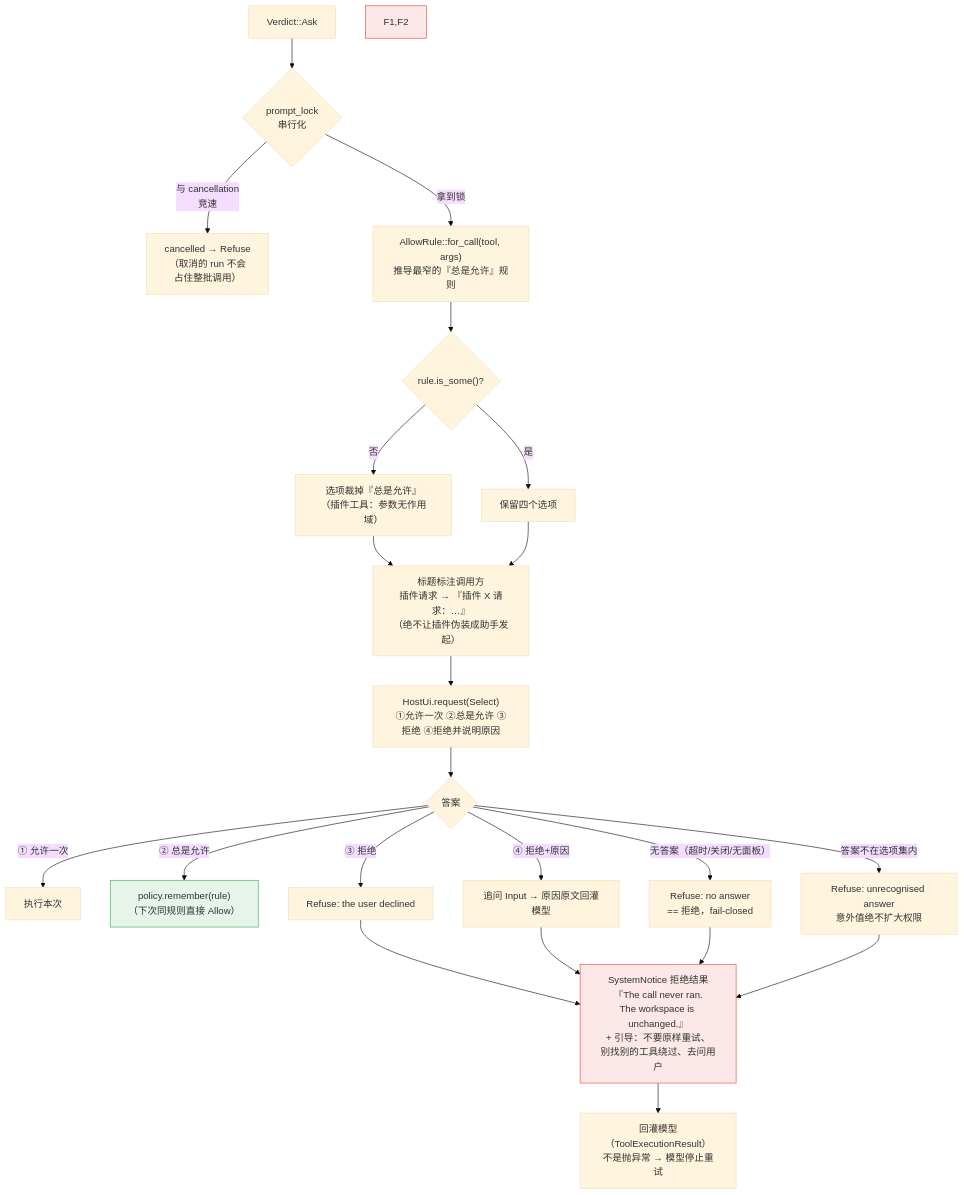
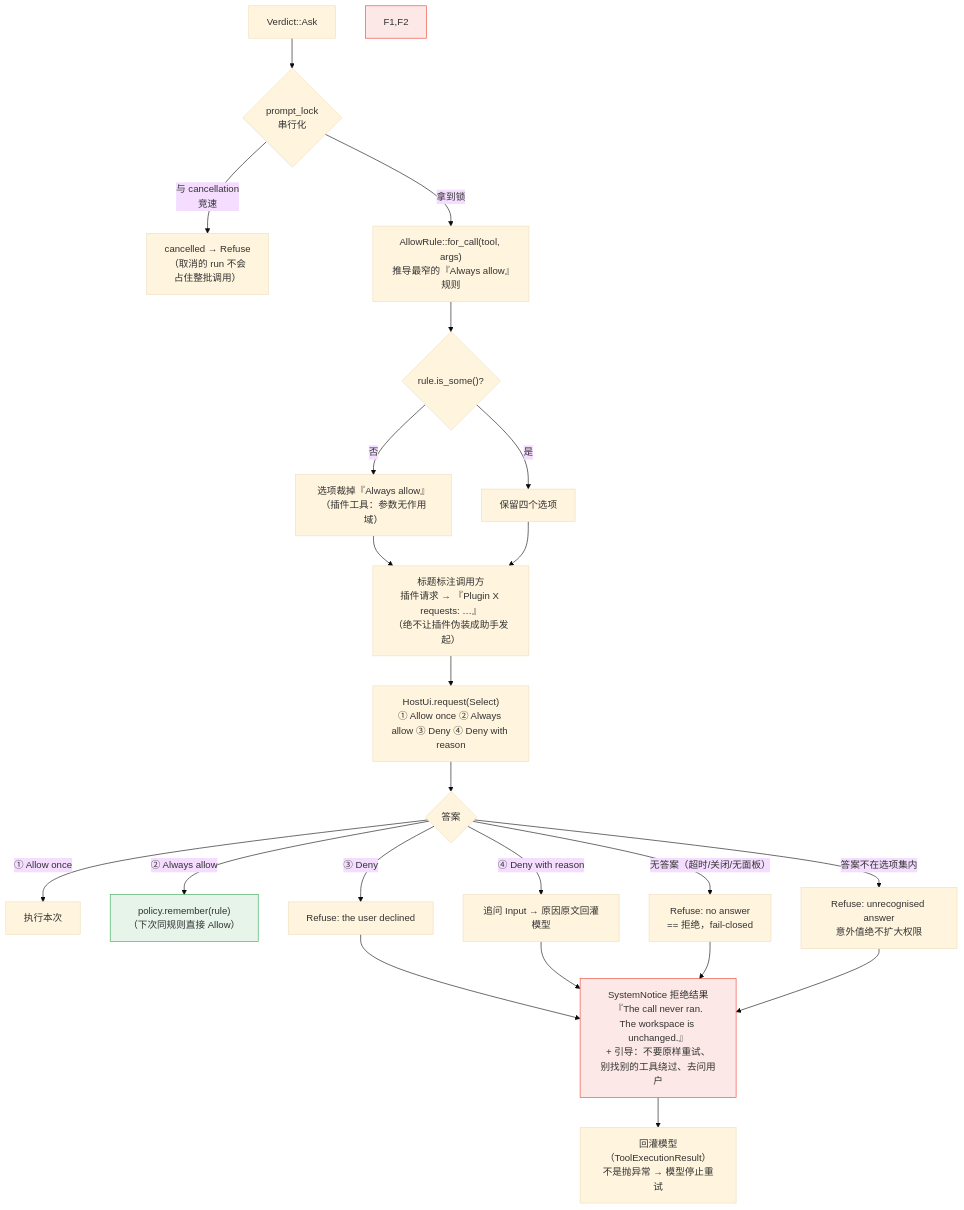
The fourth of 7 diagrams in docs/permission-structure.md (lucacicii/thunder), drawn with Mermaid (base theme) before and after one commit. The commit also changed other lines of this file and 17 other files, not shown here.

````diff
--- a/docs/permission-structure.md
+++ b/docs/permission-structure.md
@@ -166,32 +166,32 @@
 ```mermaid
 flowchart TB
     A["Verdict::Ask"] --> L{"prompt_lock<br/>串行化"}
     L -->|"与 cancellation<br/>竞速"| CANC["cancelled → Refuse<br/>（取消的 run 不会<br/>占住整批调用）"]
-    L -->|拿到锁| R["AllowRule::for_call(tool, args)<br/>推导最窄的『总是允许』规则"]
+    L -->|拿到锁| R["AllowRule::for_call(tool, args)<br/>推导最窄的『Always allow』规则"]
 
     R --> FILTER{"rule.is_some()?"}
-    FILTER -->|否| O1["选项裁掉『总是允许』<br/>（插件工具：参数无作用域）"]
+    FILTER -->|否| O1["选项裁掉『Always allow』<br/>（插件工具：参数无作用域）"]
     FILTER -->|是| O2["保留四个选项"]
     O1 --> TITLE
-    O2 --> TITLE["标题标注调用方<br/>插件请求 → 『插件 X 请求：…』<br/>（绝不让插件伪装成助手发起）"]
-    TITLE --> DIALOG["HostUi.request(Select)<br/>①允许一次 ②总是允许 ③拒绝 ④拒绝并说明原因"]
+    O2 --> TITLE["标题标注调用方<br/>插件请求 → 『Plugin X requests: …』<br/>（绝不让插件伪装成助手发起）"]
+    TITLE --> DIALOG["HostUi.request(Select)<br/>① Allow once ② Always allow ③ Deny ④ Deny with reason"]
 
     DIALOG --> ANS{"答案"}
-    ANS -->|"① 允许一次"| A1["执行本次"]
-    ANS -->|"② 总是允许"| A2["policy.remember(rule)<br/>（下次同规则直接 Allow）"]
-    ANS -->|"③ 拒绝"| A3["Refuse: the user declined"]
-    ANS -->|"④ 拒绝+原因"| A4["追问 Input → 原因原文回灌模型"]
+    ANS -->|"① Allow once"| A1["执行本次"]
+    ANS -->|"② Always allow"| A2["policy.remember(rule)<br/>（下次同规则直接 Allow）"]
+    ANS -->|"③ Deny"| A3["Refuse: the user declined"]
+    ANS -->|"④ Deny with reason"| A4["追问 Input → 原因原文回灌模型"]
     ANS -->|"无答案（超时/关闭/无面板）"| F1["Refuse: no answer<br/>== 拒绝，fail-closed"]
     ANS -->|"答案不在选项集内"| F2["Refuse: unrecognised answer<br/>意外值绝不扩大权限"]
 
     A3 --> REJ
     A4 --> REJ
     F1 --> REJ
     F2 --> REJ
     REJ["SystemNotice 拒绝结果<br/>『The call never ran.<br/>The workspace is unchanged.』<br/>+ 引导：不要原样重试、<br/>别找别的工具绕过、去问用户"]
     REJ --> MODEL["回灌模型（ToolExecutionResult）<br/>不是抛异常 → 模型停止重试"]
 
     style F1,F2 fill:#fce8e6,stroke:#ea4335
     style REJ fill:#fce8e6,stroke:#ea4335
     style A2 fill:#e6f4ea,stroke:#34a853
 ```
````
